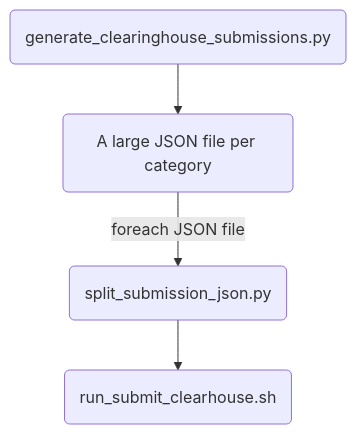
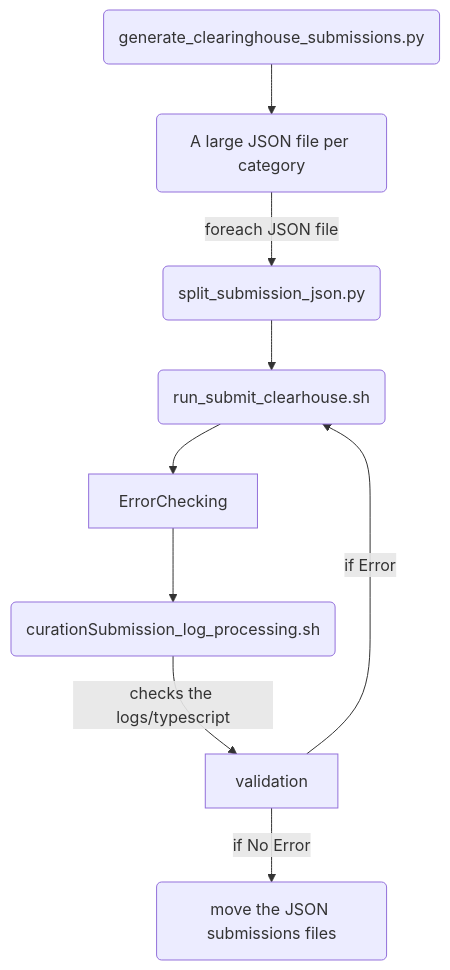
Before and after one commit to Woolly-at-EBI/BlueCloudMetadataEnhancement: the second of 3 diagrams in docs/script_documentation.md, drawn with Mermaid. The commit also changed other lines of this file, not shown here.

Commit message:
Worked on the Generating and Submitting Curations flow diagram

````diff
--- a/docs/script_documentation.md
+++ b/docs/script_documentation.md
@@ -86,6 +87,12 @@
 ```mermaid
 graph TD;
     A(generate_clearinghouse_submissions.py)-->B(A large JSON file per category);
     B-- foreach JSON file -->C(split_submission_json.py);
     C-->D(run_submit_clearhouse.sh);
+    D-->ErrorChecking
+    ErrorChecking-->G(curationSubmission_log_processing.sh)
+    G--checks the logs/typescript-->validation
+    validation--if Error-->D
+    validation--if No Error-->E(move the JSON submissions files)
+
 ```
````
